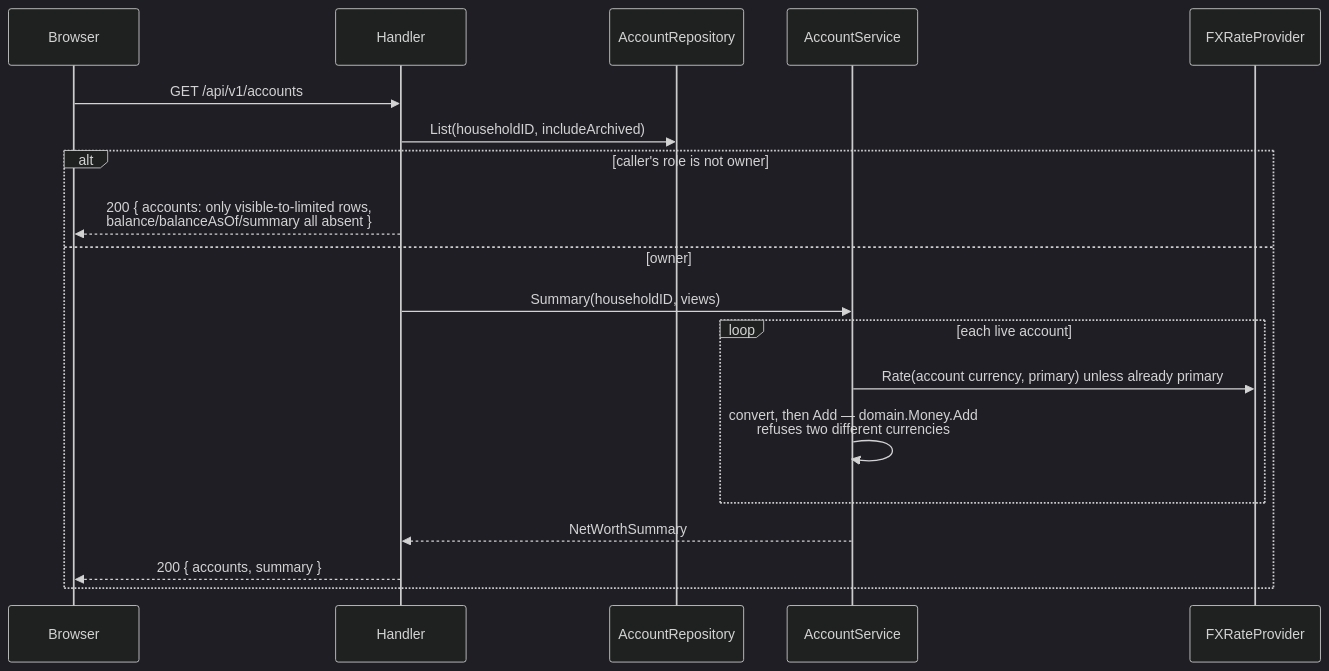
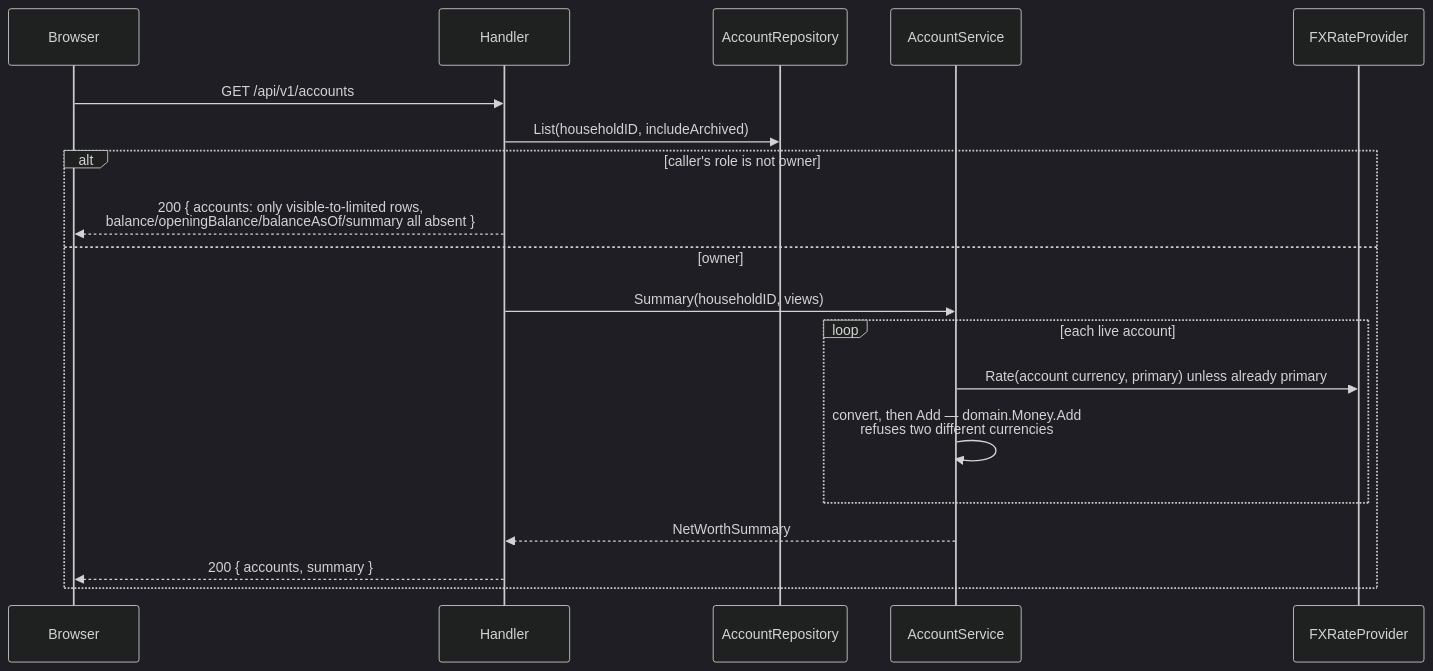
One commit to oandrz/Household changed the eighth of 11 diagrams in docs/SYSTEM_DESIGN.md. Above: the diagram before and after it, drawn with Mermaid (dark theme). The commit also changed other lines of this file and 2 other files, not shown here.

First line of the commit message:
docs: record what a changed meaning cost, and bring the diagrams current

````diff
--- a/docs/SYSTEM_DESIGN.md
+++ b/docs/SYSTEM_DESIGN.md
@@ -484,22 +484,22 @@
 ```mermaid
 sequenceDiagram
     participant B as Browser
     participant H as Handler
     participant Repo as AccountRepository
     participant Svc as AccountService
     participant FX as FXRateProvider
 
     B->>H: GET /api/v1/accounts
     H->>Repo: List(householdID, includeArchived)
     alt caller's role is not owner
-        H-->>B: 200 { accounts: only visible-to-limited rows,<br/>balance/balanceAsOf/summary all absent }
+        H-->>B: 200 { accounts: only visible-to-limited rows,<br/>balance/openingBalance/balanceAsOf/summary all absent }
     else owner
         H->>Svc: Summary(householdID, views)
         loop each live account
             Svc->>FX: Rate(account currency, primary) unless already primary
             Svc->>Svc: convert, then Add — domain.Money.Add<br/>refuses two different currencies
         end
         Svc-->>H: NetWorthSummary
         H-->>B: 200 { accounts, summary }
     end
 ```
````
